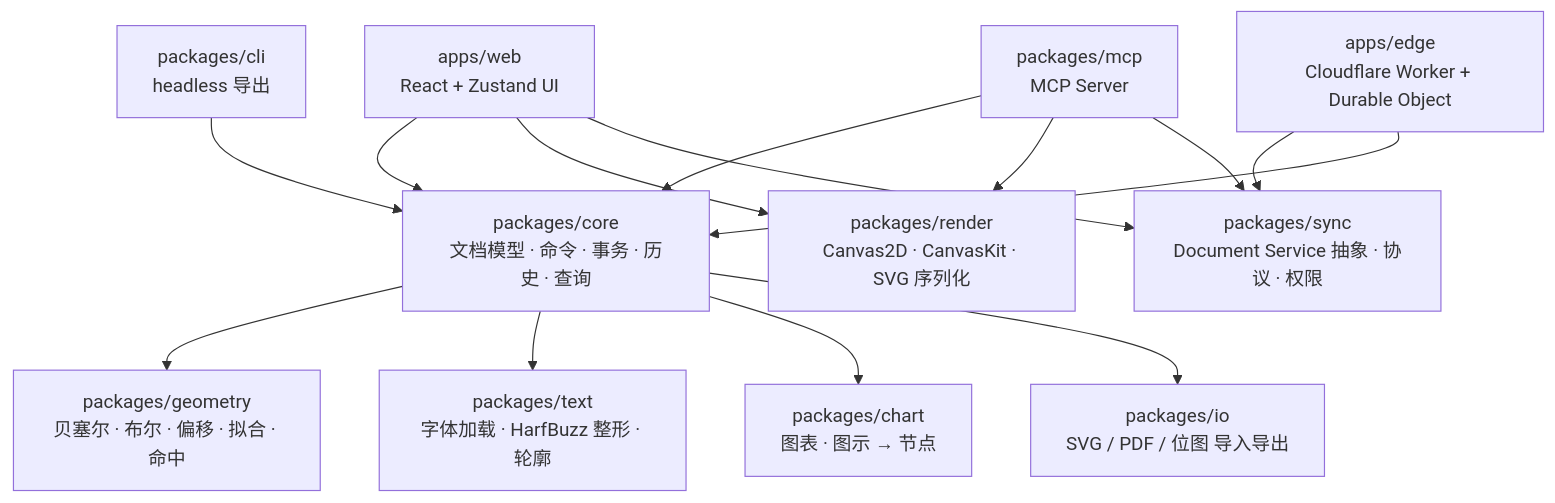
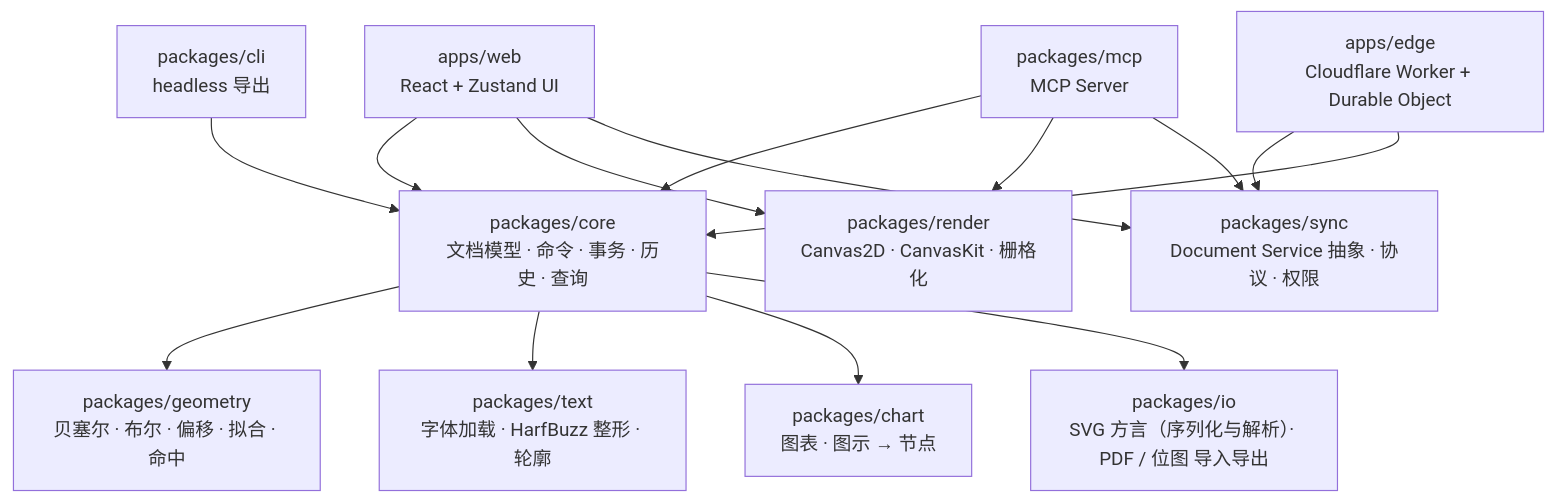
One commit to 286486/sable changed the second of 2 diagrams in docs/REQUIREMENTS.md. Above: the diagram before and after it, drawn with Mermaid. The commit also changed other lines of this file and 1 other file, not shown here.

First line of the commit message:
ADR-0019: the Inkscape SVG dialect lives in packages/io, writer and reader together

````diff
--- a/docs/REQUIREMENTS.md
+++ b/docs/REQUIREMENTS.md
@@ -790,27 +790,27 @@
 ```mermaid
 flowchart TD
   UI[apps/web<br/>React + Zustand UI]
   MCP[packages/mcp<br/>MCP Server]
   CLI[packages/cli<br/>headless 导出]
   CORE[packages/core<br/>文档模型 · 命令 · 事务 · 历史 · 查询]
   GEO[packages/geometry<br/>贝塞尔 · 布尔 · 偏移 · 拟合 · 命中]
   TEXT[packages/text<br/>字体加载 · HarfBuzz 整形 · 轮廓]
   CHART[packages/chart<br/>图表 · 图示 → 节点]
-  RENDER[packages/render<br/>Canvas2D · CanvasKit · SVG 序列化]
-  IO[packages/io<br/>SVG / PDF / 位图 导入导出]
+  RENDER[packages/render<br/>Canvas2D · CanvasKit · 栅格化]
+  IO[packages/io<br/>SVG 方言（序列化与解析）· PDF / 位图 导入导出]
   SYNC[packages/sync<br/>Document Service 抽象 · 协议 · 权限]
   EDGE[apps/edge<br/>Cloudflare Worker + Durable Object]
   UI --> CORE
   MCP --> CORE
   CLI --> CORE
   CORE --> GEO
   CORE --> TEXT
   CORE --> CHART
   UI --> RENDER
   MCP --> RENDER
   CORE --> IO
   UI --> SYNC
   MCP --> SYNC
   EDGE --> SYNC
   EDGE --> CORE
 ```
````
